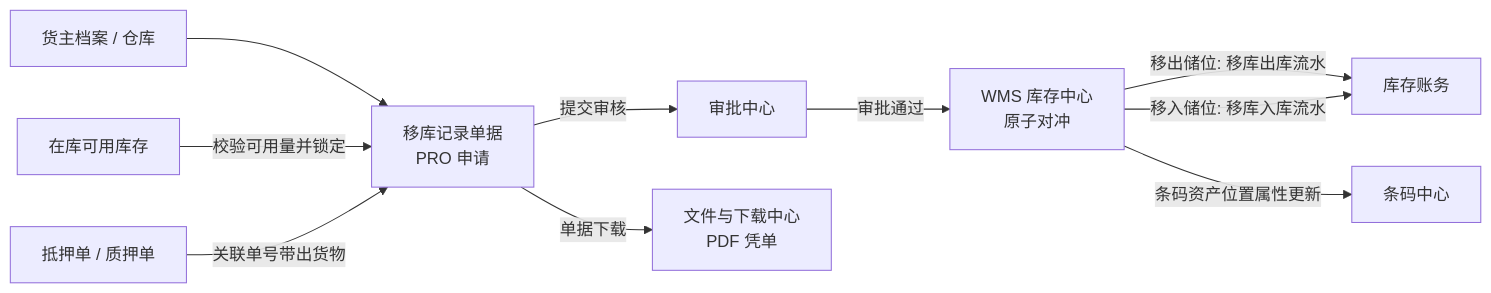
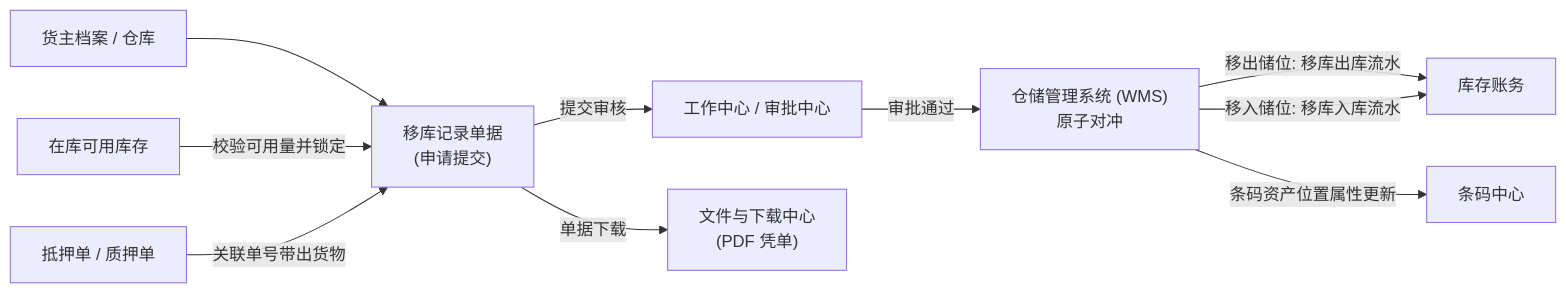
One commit to RobertHuang999/SYZC changed the diagram in 02-PRD文档/🌟🌟🌟-最新基准版/B端PC/02-仓储/11-移库管理-移库记录/移库记录主PRD.md. Above: the diagram before and after it, drawn with Mermaid. The commit also changed other lines of this file and 264 other files, not shown here.

````diff
--- a/02-PRD文档/🌟🌟🌟-最新基准版/B端PC/02-仓储/11-移库管理-移库记录/移库记录主PRD.md
+++ b/02-PRD文档/🌟🌟🌟-最新基准版/B端PC/02-仓储/11-移库管理-移库记录/移库记录主PRD.md
@@ -32,12 +32,12 @@
 ```mermaid
 flowchart LR
-    A[货主档案 / 仓库] --> D[移库记录单据<br/>PRO 申请]
+    A[货主档案 / 仓库] --> D["移库记录单据<br/>(申请提交)"]
     B[在库可用库存] -->|校验可用量并锁定| D
     C[抵押单 / 质押单] -->|关联单号带出货物| D
-    D -->|提交审核| E[审批中心]
-    E -->|审批通过| F[WMS 库存中心<br/>原子对冲]
+    D -->|提交审核| E[工作中心 / 审批中心]
+    E -->|审批通过| F["仓储管理系统 (WMS)<br/>原子对冲"]
     F -->|移出储位: 移库出库流水| G[库存账务]
     F -->|移入储位: 移库入库流水| G
     F -->|条码资产位置属性更新| H[条码中心]
-    D -->|单据下载| I[文件与下载中心<br/>PDF 凭单]
+    D -->|单据下载| I["文件与下载中心<br/>(PDF 凭单)"]
 ```
````
